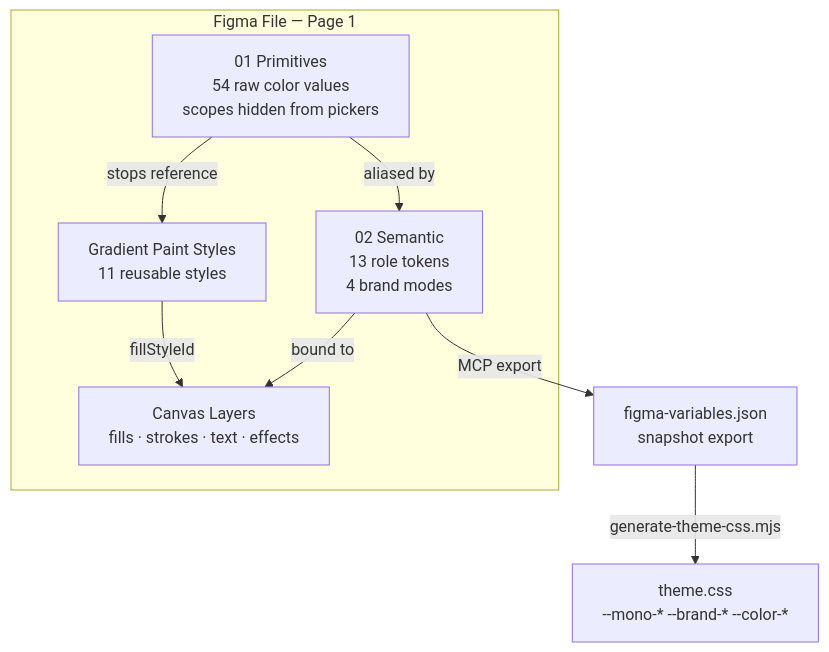
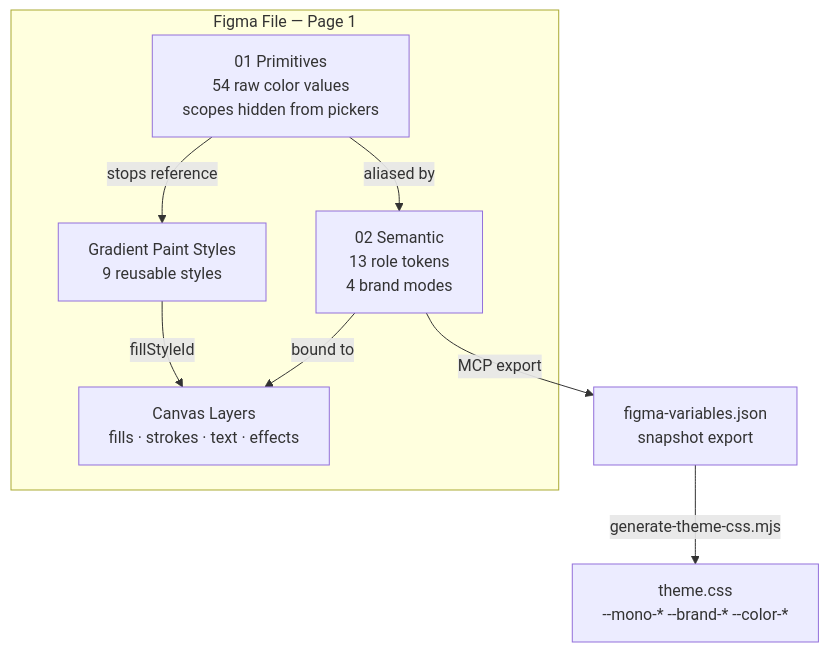
One commit to vincentyap91/riocity-figma changed the first of 12 diagrams in plan.md. Above: the diagram before and after it, drawn with Mermaid. The commit also changed other lines of this file and 2 other files, not shown here.

````diff
--- a/plan.md
+++ b/plan.md
@@ -48,17 +48,17 @@
 ```mermaid
 flowchart TD
   subgraph figma ["Figma File — Page 1"]
     P["01 Primitives\n54 raw color values\nscopes hidden from pickers"]
     S["02 Semantic\n13 role tokens\n4 brand modes"]
-    G["Gradient Paint Styles\n11 reusable styles"]
+    G["Gradient Paint Styles\n9 reusable styles"]
     F["Canvas Layers\nfills · strokes · text · effects"]
     P -->|"aliased by"| S
     S -->|"bound to"| F
     P -->|"stops reference"| G
     G -->|"fillStyleId"| F
   end
   FV["figma-variables.json\nsnapshot export"]
   CSS["theme.css\n--mono-* --brand-* --color-*"]
   S -->|"MCP export"| FV
   FV -->|"generate-theme-css.mjs"| CSS
 ```
````
